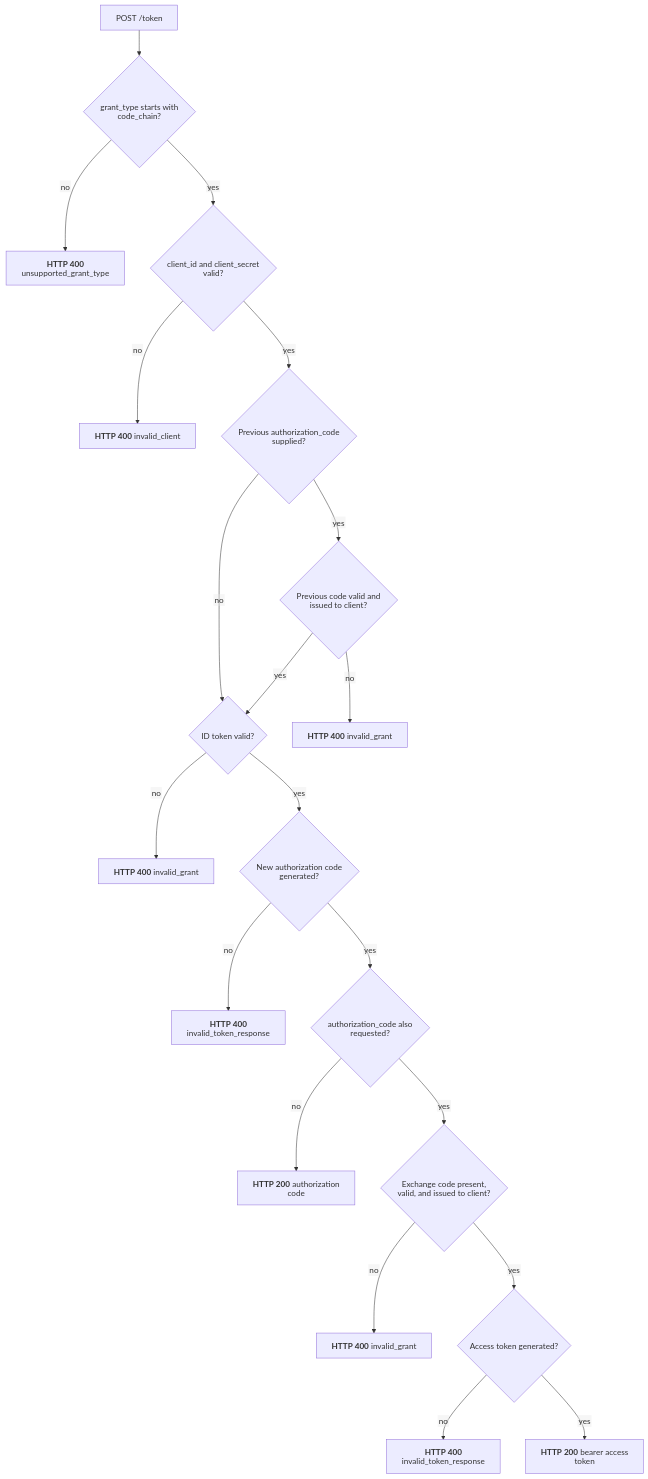
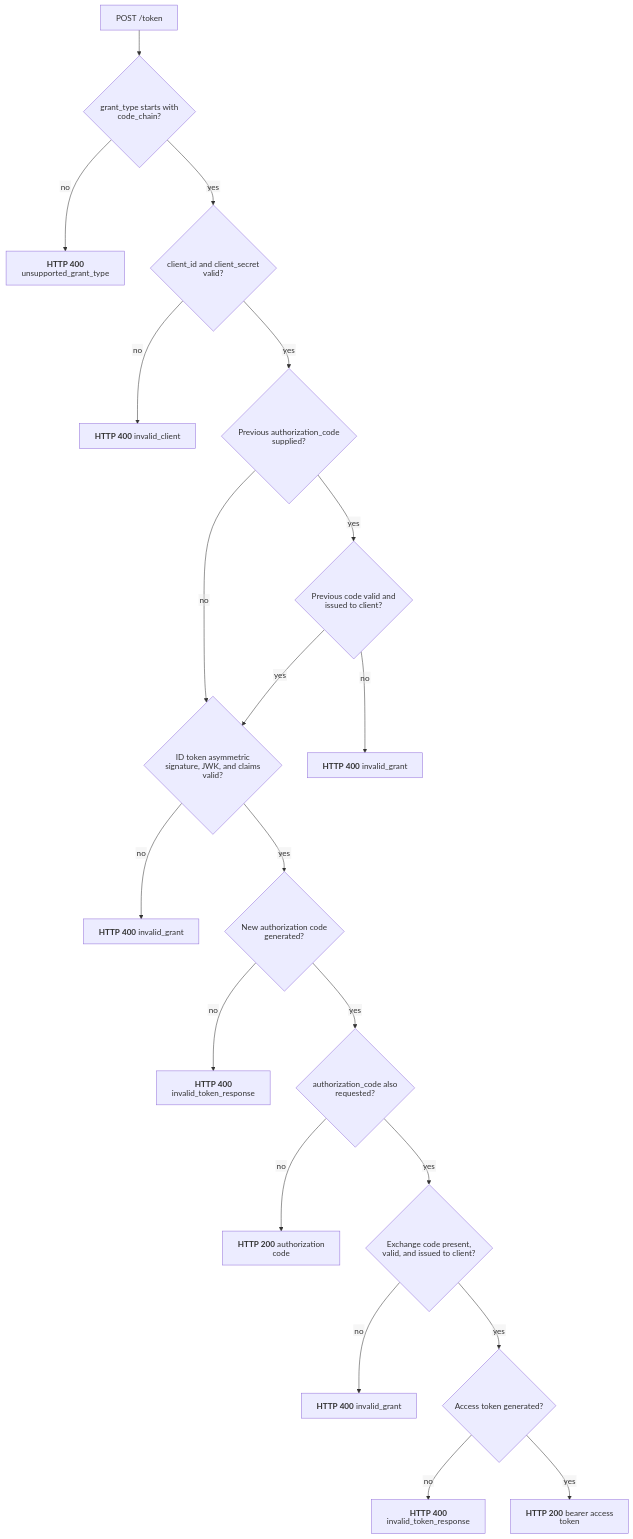
The diagram in docs/flows/oauth/code_chain.mmd (malach-it/kagome), drawn with Mermaid before and after one commit. The commit also changed 42 other files, not shown here.

```diff
--- a/docs/flows/oauth/code_chain.mmd
+++ b/docs/flows/oauth/code_chain.mmd
@@ -1,21 +1,21 @@
 %%{init: {"htmlLabels": false, "flowchart": {"htmlLabels": false}}}%%
 flowchart TD
     start[POST /token] --> grant{grant_type starts with code_chain?}
     grant -- no --> unsupported["`**HTTP 400** unsupported_grant_type`"]
     grant -- yes --> client{client_id and client_secret valid?}
     client -- no --> client_error["`**HTTP 400** invalid_client`"]
     client -- yes --> previous{Previous authorization_code supplied?}
     previous -- no --> id_token
     previous -- yes --> previous_valid{Previous code valid and issued to client?}
     previous_valid -- no --> previous_error["`**HTTP 400** invalid_grant`"]
-    previous_valid -- yes --> id_token{ID token valid?}
+    previous_valid -- yes --> id_token{ID token asymmetric signature, JWK, and claims valid?}
     id_token -- no --> id_error["`**HTTP 400** invalid_grant`"]
     id_token -- yes --> issue{New authorization code generated?}
     issue -- no --> issue_error["`**HTTP 400** invalid_token_response`"]
     issue -- yes --> combined{authorization_code also requested?}
     combined -- no --> code_success["`**HTTP 200** authorization code`"]
     combined -- yes --> exchange{Exchange code present, valid, and issued to client?}
     exchange -- no --> exchange_error["`**HTTP 400** invalid_grant`"]
     exchange -- yes --> access{Access token generated?}
     access -- no --> access_error["`**HTTP 400** invalid_token_response`"]
     access -- yes --> token_success["`**HTTP 200** bearer access token`"]
```
